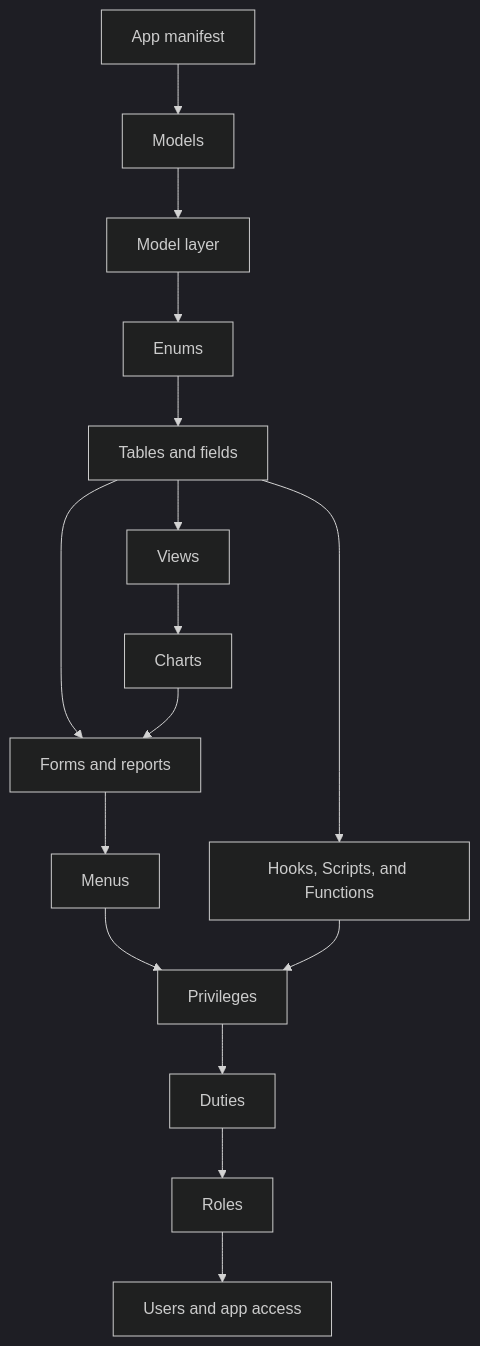
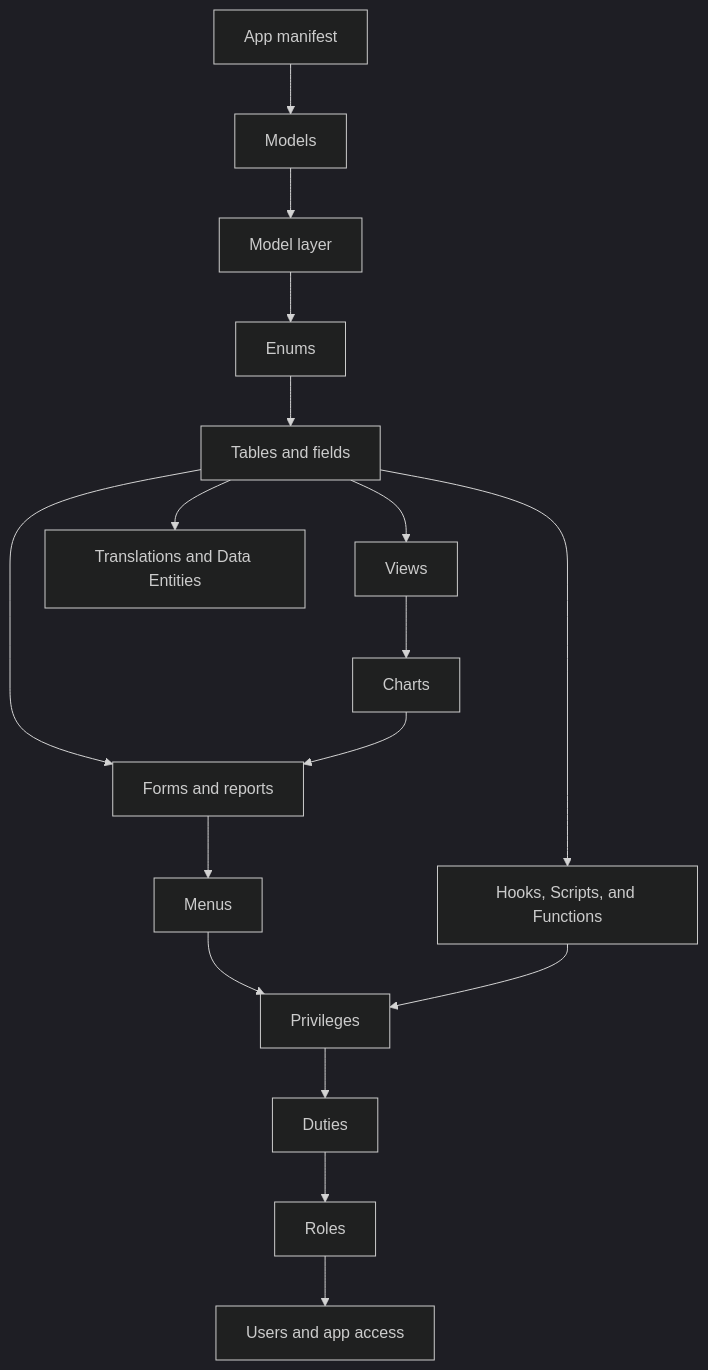
One commit to emu479p01/emu-framework-docs changed the diagram in developer/application-workflow.md. Above: the diagram before and after it, drawn with Mermaid (dark theme). The commit also changed other lines of this file and 24 other files, not shown here.

````diff
--- a/developer/application-workflow.md
+++ b/developer/application-workflow.md
@@ -15,18 +15,19 @@
 ```mermaid
 flowchart TD
     A[App manifest] --> M[Models]
     M --> L[Model layer]
     L --> B[Enums]
     B --> C[Tables and fields]
     C --> V[Views]
     V --> Z[Charts]
     C --> D[Forms and reports]
     Z --> D
     D --> E[Menus]
     E --> F[Privileges]
     F --> G[Duties]
     G --> H[Roles]
     H --> I[Users and app access]
+    C --> T[Translations and Data Entities]
     C --> J[Hooks, Scripts, and Functions]
     J --> F
 ```
````
